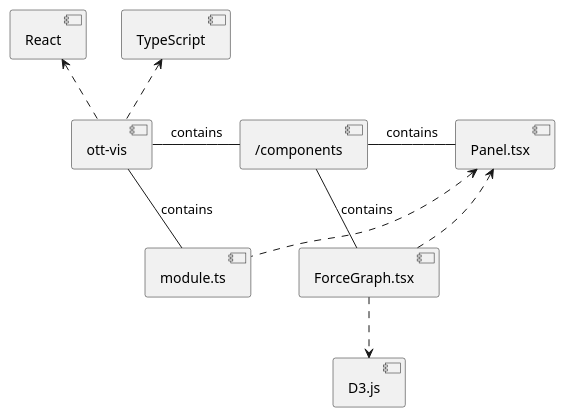
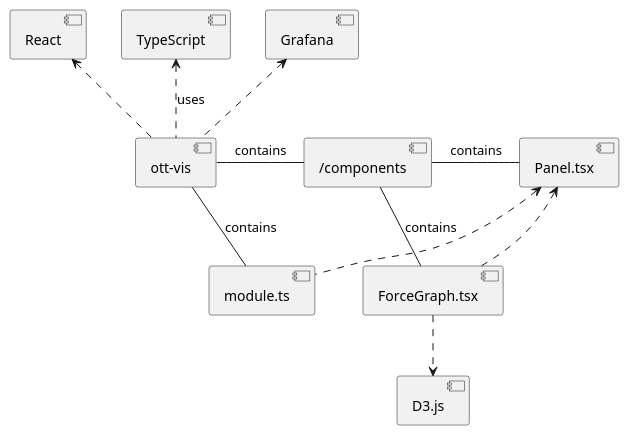
Before and after one commit to dyc3/senior-design: the diagram in figures/visualization-component.puml, drawn with PlantUML. The commit also changed 1 other file, not shown here.

Commit message:
change diagram slightly

```diff
--- a/figures/visualization-component.puml
+++ b/figures/visualization-component.puml
@@ -1,11 +1,12 @@
 @startuml
 [React] <.. [ott-vis]
-[TypeScript] <.. [ott-vis]
+[TypeScript] <.. [ott-vis] : uses
+[Grafana] <.. [ott-vis]
 [ott-vis] - [/components] : contains
 [ott-vis] - [module.ts] : contains
 [/components] - [Panel.tsx] : contains
 [/components] - [ForceGraph.tsx] : contains
 [Panel.tsx] <.. [ForceGraph.tsx]
 [Panel.tsx] <.. [module.ts]
 [ForceGraph.tsx] ..> [D3.js]
 @enduml
```
